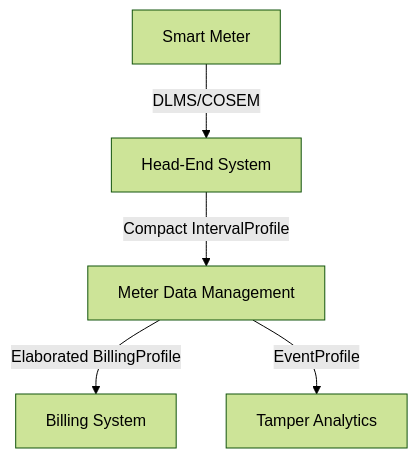
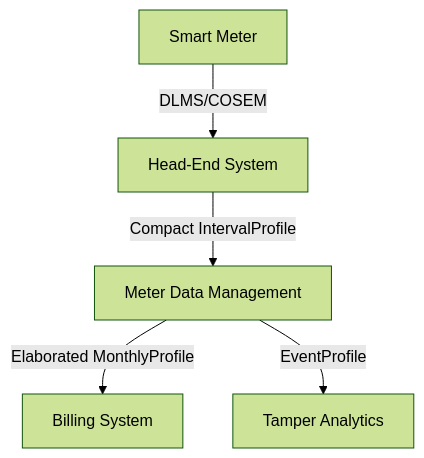
Before and after one commit to India-Energy-Stack/ies-accelerator: the diagram in schemas/MeterData/v0.6/UserGuide.md, drawn with Mermaid (forest theme). The commit also changed other lines of this file and 15 other files, not shown here.

````diff
--- a/schemas/MeterData/v0.6/UserGuide.md
+++ b/schemas/MeterData/v0.6/UserGuide.md
@@ -11,7 +11,7 @@
 ```mermaid
 graph TD
     M[Smart Meter] -->|DLMS/COSEM| HES[Head-End System]
     HES -->|Compact IntervalProfile| MDM[Meter Data Management]
-    MDM -->|Elaborated BillingProfile| Billing[Billing System]
+    MDM -->|Elaborated MonthlyProfile| Billing[Billing System]
     MDM -->|EventProfile| Analytics[Tamper Analytics]
 ```
````
